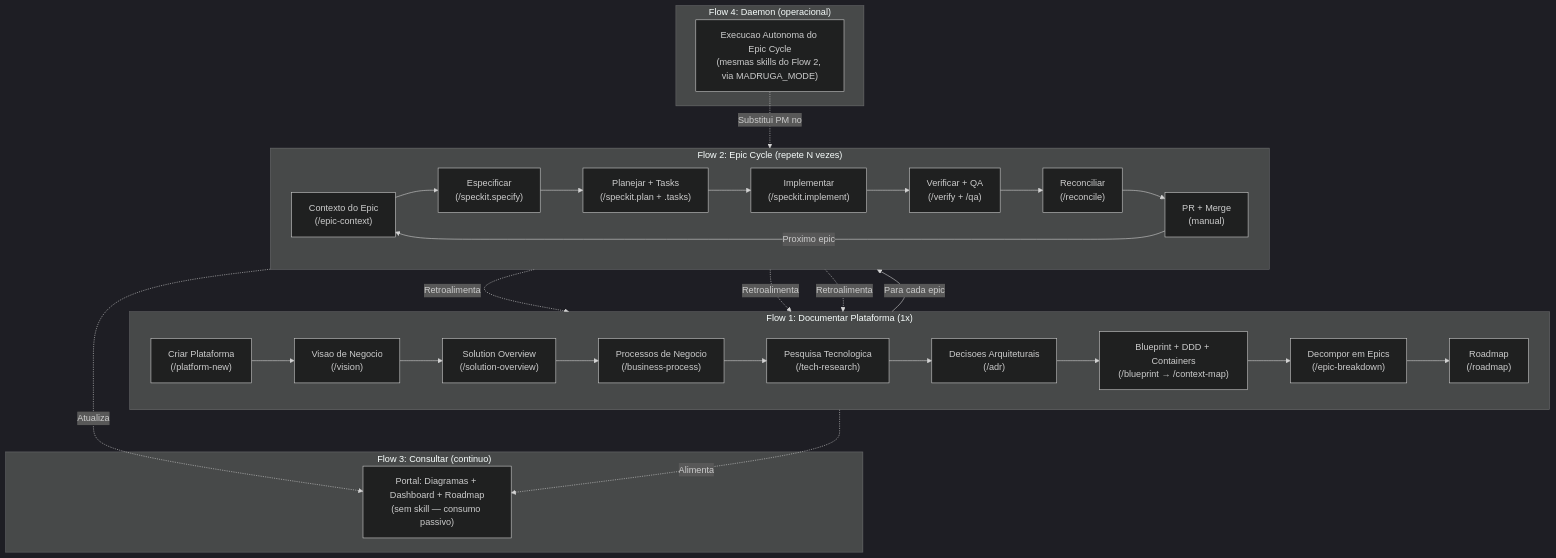
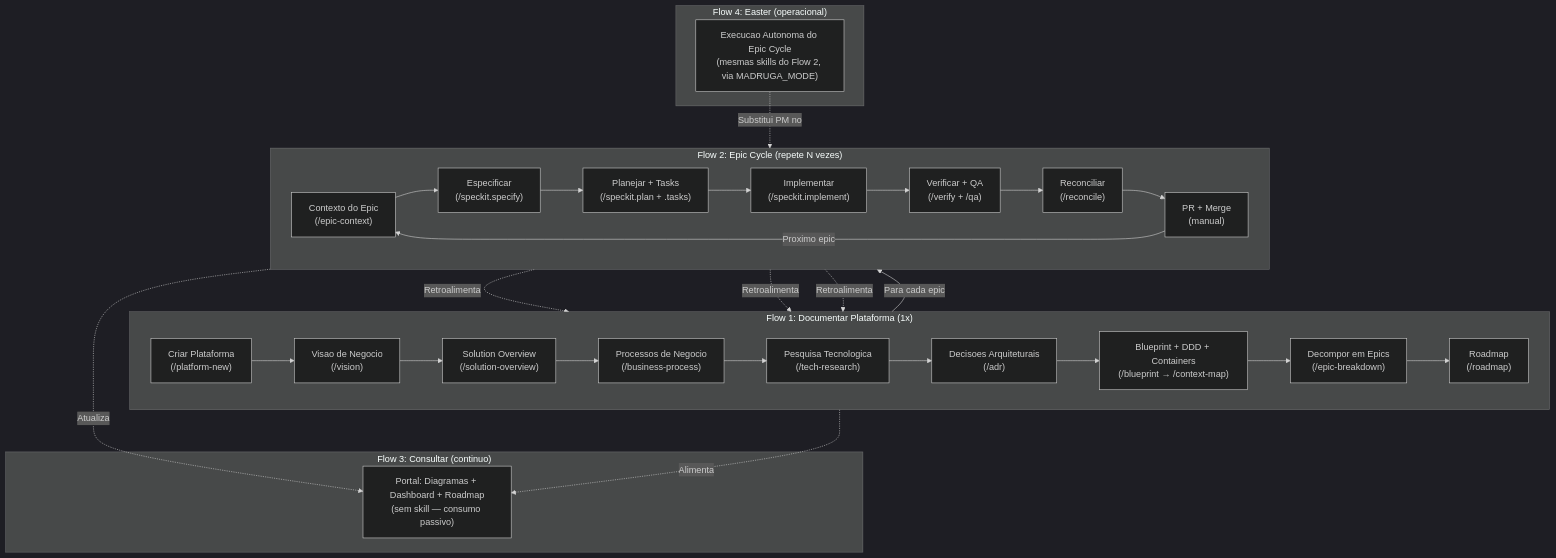
The first of 9 diagrams in platforms/madruga-ai/business/process.md (paceautomations/madruga.ai), drawn with Mermaid (dark theme) before and after one commit. The commit also changed other lines of this file and 122 other files, not shown here.

First line of the commit message:
feat: epic 021 — pipeline intelligence artifacts, daemon→easter rename, audit PNG cleanup

````diff
--- a/platforms/madruga-ai/business/process.md
+++ b/platforms/madruga-ai/business/process.md
@@ -11,43 +11,43 @@
 ```mermaid
 flowchart TB
     subgraph F1["Flow 1: Documentar Plataforma (1x)"]
         direction LR
         F1A["Criar Plataforma\n(/platform-new)"] --> F1B["Visao de Negocio\n(/vision)"]
         F1B --> F1C["Solution Overview\n(/solution-overview)"]
         F1C --> F1D["Processos de Negocio\n(/business-process)"]
         F1D --> F1E["Pesquisa Tecnologica\n(/tech-research)"]
         F1E --> F1F["Decisoes Arquiteturais\n(/adr)"]
         F1F --> F1G["Blueprint + DDD + Containers\n(/blueprint → /context-map)"]
         F1G --> F1H["Decompor em Epics\n(/epic-breakdown)"]
         F1H --> F1I["Roadmap\n(/roadmap)"]
     end
 
     subgraph F2["Flow 2: Epic Cycle (repete N vezes)"]
         direction LR
         F2A["Contexto do Epic\n(/epic-context)"] --> F2B["Especificar\n(/speckit.specify)"]
         F2B --> F2C["Planejar + Tasks\n(/speckit.plan + .tasks)"]
         F2C --> F2D["Implementar\n(/speckit.implement)"]
         F2D --> F2E["Verificar + QA\n(/verify + /qa)"]
         F2E --> F2F["Reconciliar\n(/reconcile)"]
         F2F --> F2G["PR + Merge\n(manual)"]
     end
 
     subgraph F3["Flow 3: Consultar (continuo)"]
         F3A["Portal: Diagramas + Dashboard + Roadmap\n(sem skill — consumo passivo)"]
     end
 
-    subgraph F4["Flow 4: Daemon (operacional)"]
+    subgraph F4["Flow 4: Easter (operacional)"]
         F4A["Execucao Autonoma do Epic Cycle\n(mesmas skills do Flow 2, via MADRUGA_MODE)"]
     end
 
     F1I -->|"Para cada epic"| F2A
     F2G -->|"Proximo epic"| F2A
     F2F -.->|"Retroalimenta"| F1B
     F2F -.->|"Retroalimenta"| F1F
     F2F -.->|"Retroalimenta"| F1G
 
     F1 -.->|"Alimenta"| F3A
     F2 -.->|"Atualiza"| F3A
 
     F4A -.->|"Substitui PM no"| F2
 ```
````
